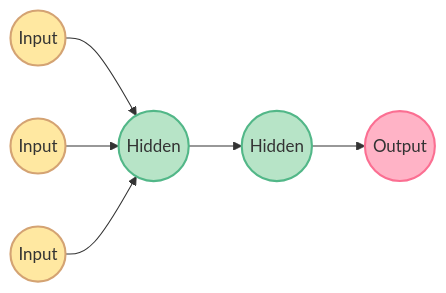
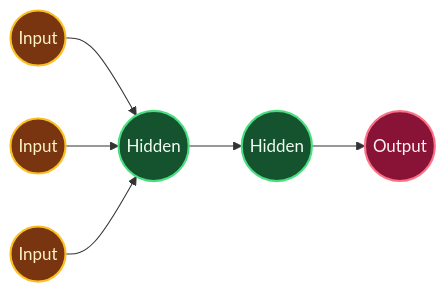
Before and after one commit to dulithdivisekara/SLIIT-Y2S1-vault: the second of 5 diagrams in AI-ML/Lec 02 - Introduction to Generative AI (Simplified).md, drawn with Mermaid. The commit also changed other lines of this file, not shown here.

Commit message:
Update AI definitions and diagram styles in lecture notes

````diff
--- a/AI-ML/Lec 02 - Introduction to Generative AI (Simplified).md
+++ b/AI-ML/Lec 02 - Introduction to Generative AI (Simplified).md
@@ -42,15 +38,16 @@
 ```mermaid
 graph LR
-    classDef input fill:#ffe8a1,stroke:#d4a373,stroke-width:2px;
-    classDef hidden fill:#b7e4c7,stroke:#52b788,stroke-width:2px;
-    classDef output fill:#ffb3c6,stroke:#fb6f92,stroke-width:2px;
+    classDef input fill:#78350f,stroke:#fbbf24,stroke-width:2px,color:#fef3c7;
+    classDef hidden fill:#14532d,stroke:#4ade80,stroke-width:2px,color:#f0fdf4;
+    classDef output fill:#881337,stroke:#fb7185,stroke-width:2px,color:#fff1f2;
 
     I1((Input)):::input --> H1((Hidden)):::hidden
     I2((Input)):::input --> H1
     I3((Input)):::input --> H1
     
     H1 --> H2((Hidden)):::hidden
     H2 --> O1((Output)):::output
 
     %% Simplified for visual clarity
+
 ```
````
